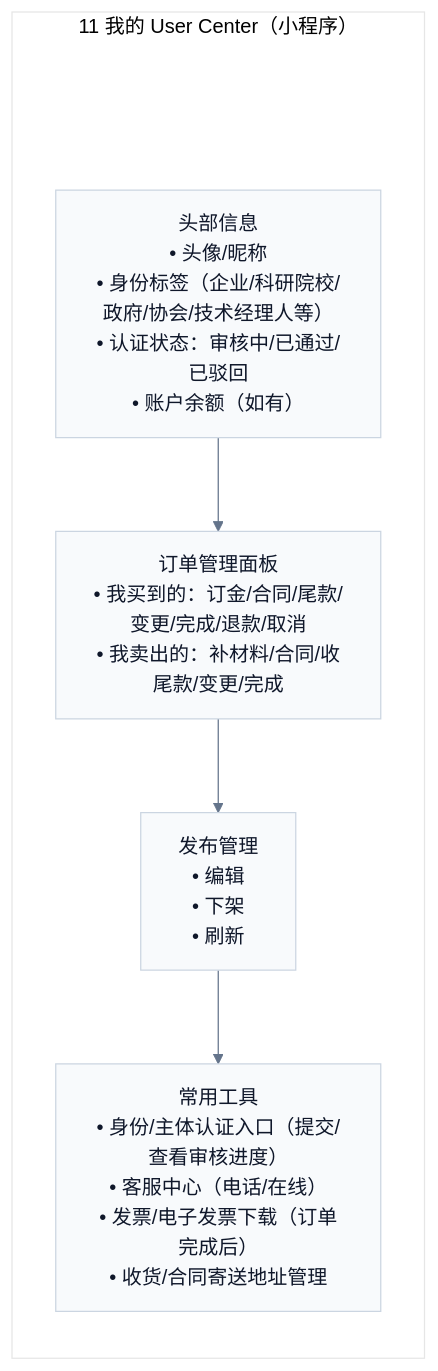
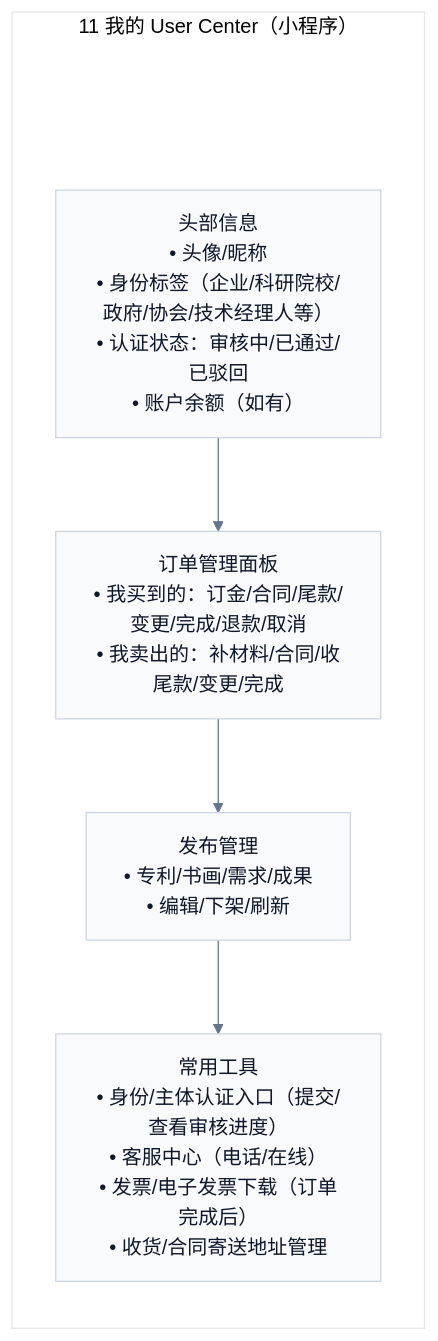
Before and after one commit to Ming-1984/Ipmoney: the diagram in docs/demo/pages/miniapp/11-user-center.mmd, drawn with Mermaid. The commit also changed 176 other files, not shown here.

Commit message:
Add SVG diagram for requirements phase summary with detailed flowchart representation

```diff
--- a/docs/demo/pages/miniapp/11-user-center.mmd
+++ b/docs/demo/pages/miniapp/11-user-center.mmd
@@ -1,15 +1,15 @@
 %%{init: {'theme':'base','flowchart': {'htmlLabels': true},'themeVariables': {'fontFamily': 'Inter, Microsoft YaHei, sans-serif','lineColor':'#64748B','primaryTextColor':'#0F172A','primaryBorderColor':'#CBD5E1','primaryColor':'#F8FAFC'}}}%%
 flowchart TB
   subgraph P["11 我的 User Center（小程序）"]
     direction TB
     Pad[" "]:::pad
     Header["头部信息<br/>• 头像/昵称<br/>• 身份标签（企业/科研院校/政府/协会/技术经理人等）<br/>• 认证状态：审核中/已通过/已驳回<br/>• 账户余额（如有）"]
     Orders["订单管理面板<br/>• 我买到的：订金/合同/尾款/变更/完成/退款/取消<br/>• 我卖出的：补材料/合同/收尾款/变更/完成"]
-    PublishMgmt["发布管理<br/>• 编辑<br/>• 下架<br/>• 刷新"]
+    PublishMgmt["发布管理<br/>• 专利/书画/需求/成果<br/>• 编辑/下架/刷新"]
     Tools["常用工具<br/>• 身份/主体认证入口（提交/查看审核进度）<br/>• 客服中心（电话/在线）<br/>• 发票/电子发票下载（订单完成后）<br/>• 收货/合同寄送地址管理"]
     Pad --> Header
     Header --> Orders --> PublishMgmt --> Tools
   end
 
   classDef pad fill:transparent,stroke:transparent,color:transparent;
   linkStyle 0 stroke:transparent,fill:transparent;
```
